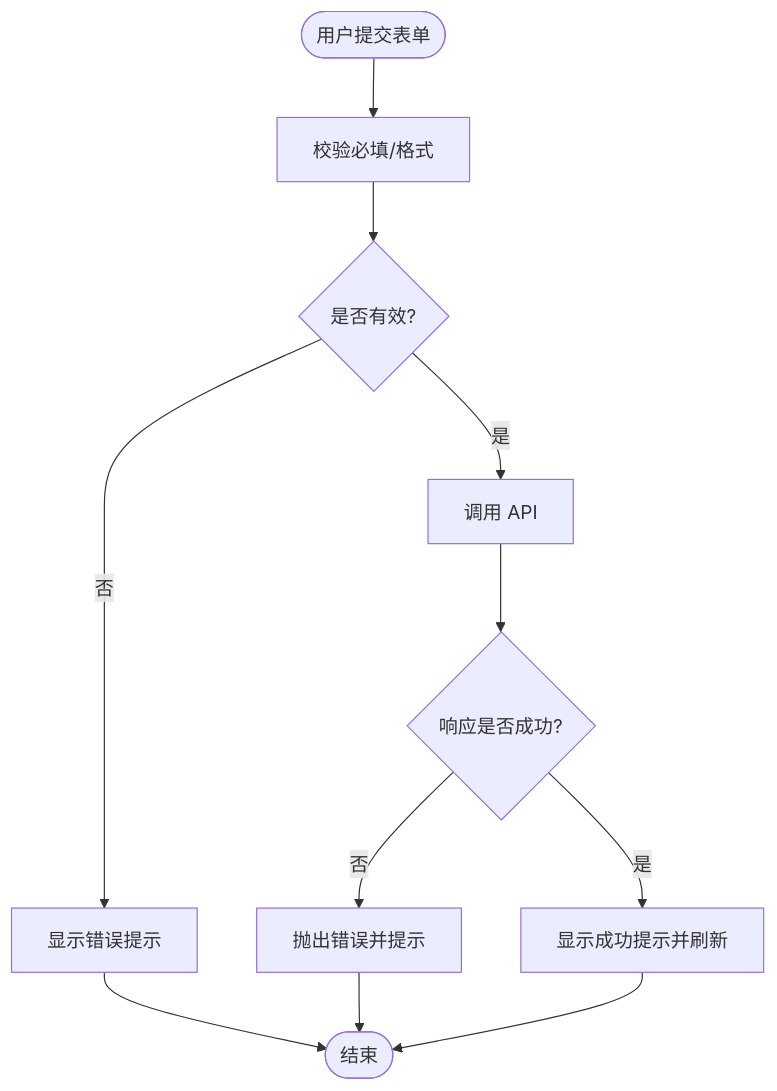
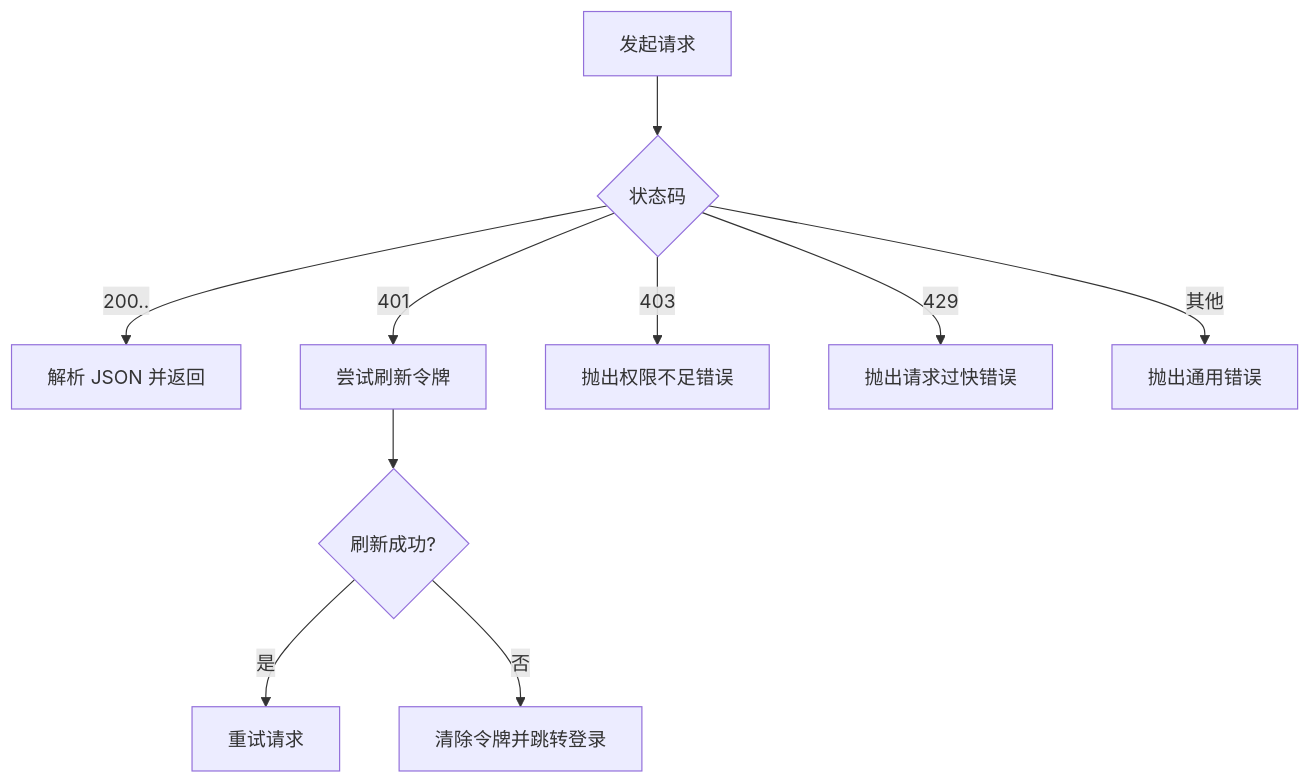
Before and after one commit to x01n/My-OpenWaf: the fifth of 8 diagrams in docs/前端管理界面/前端管理界面.md, drawn with Mermaid. The commit also changed other lines of this file and 199 other files, not shown here.

````diff
--- a/docs/前端管理界面/前端管理界面.md
+++ b/docs/前端管理界面/前端管理界面.md
@@ -374,13 +208,12 @@
 ```mermaid
 flowchart TD
-Enter(["用户提交表单"]) --> Validate["校验必填/格式"]
-Validate --> Valid{"是否有效?"}
-Valid --> |否| ShowError["显示错误提示"]
-Valid --> |是| CallAPI["调用 API"]
-CallAPI --> RespOK{"响应是否成功?"}
-RespOK --> |否| HandleErr["抛出错误并提示"]
-RespOK --> |是| Success["显示成功提示并刷新"]
-ShowError --> End(["结束"])
-HandleErr --> End
-Success --> End
+A["发起请求"] --> B{"状态码"}
+B --> |200..| C["解析 JSON 并返回"]
+B --> |401| D["尝试刷新令牌"]
+D --> E{"刷新成功?"}
+E --> |是| F["重试请求"]
+E --> |否| G["清除令牌并跳转登录"]
+B --> |403| H["抛出权限不足错误"]
+B --> |429| I["抛出请求过快错误"]
+B --> |其他| J["抛出通用错误"]
 ```
````
